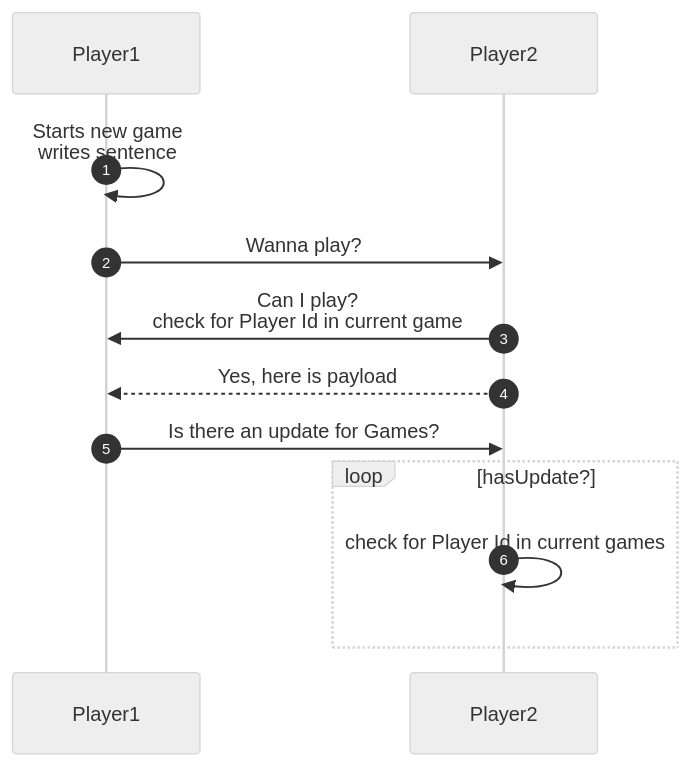
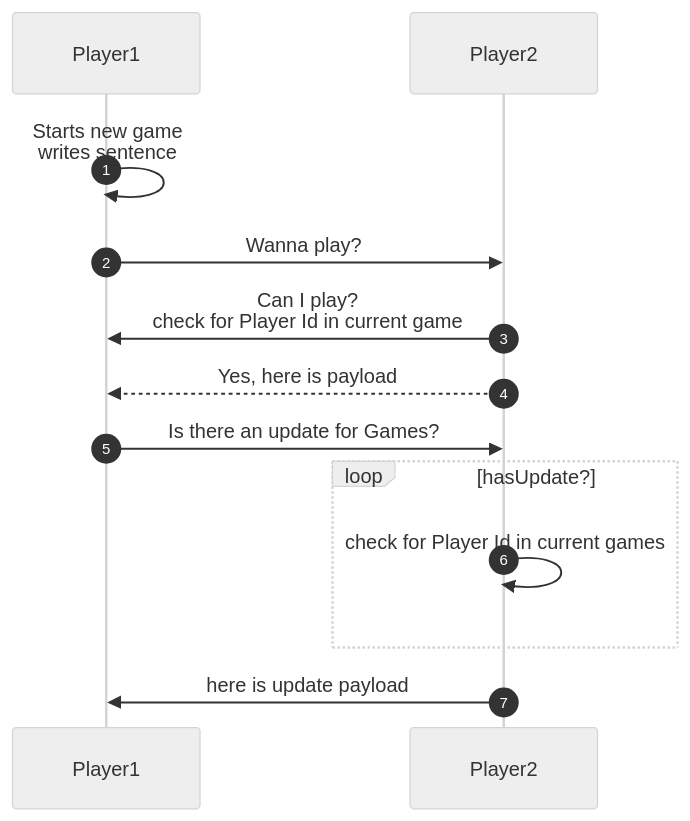
One commit to JamesOsborn-SE/eat-poop-you-cat-android changed the second of 3 diagrams in README.md. Above: the diagram before and after it, drawn with Mermaid (neutral theme). The commit also changed other lines of this file, not shown here.

Commit message:
Added flow chart..

````diff
--- a/README.md
+++ b/README.md
@@ -76,13 +76,13 @@
 ```mermaid
 sequenceDiagram
     autonumber
     Player1->>Player1: Starts new game<br/>writes sentence
     Player1->>Player2: Wanna play?
     Player2->>Player1: Can I play?<br/>check for Player Id in current game
-
     Player2-->>Player1: Yes, here is payload
     Player1->>Player2: Is there an update for Games?
     loop hasUpdate?
         Player2->>Player2: check for Player Id in current games
     end
+    Player2->>Player1: here is update payload
 ```
````
